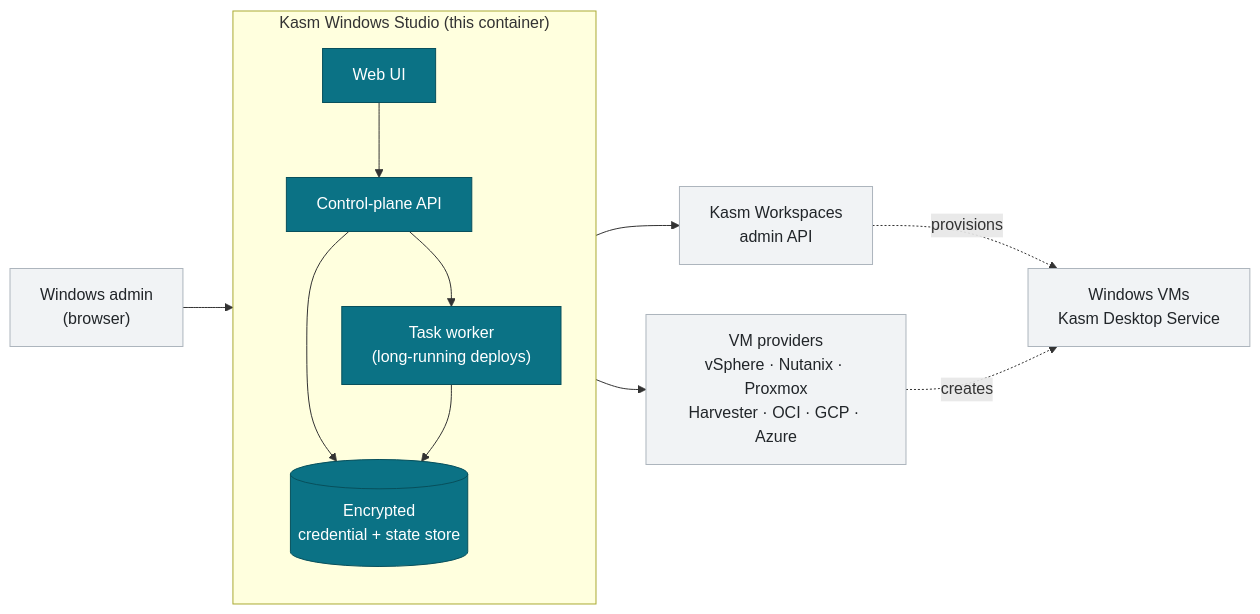
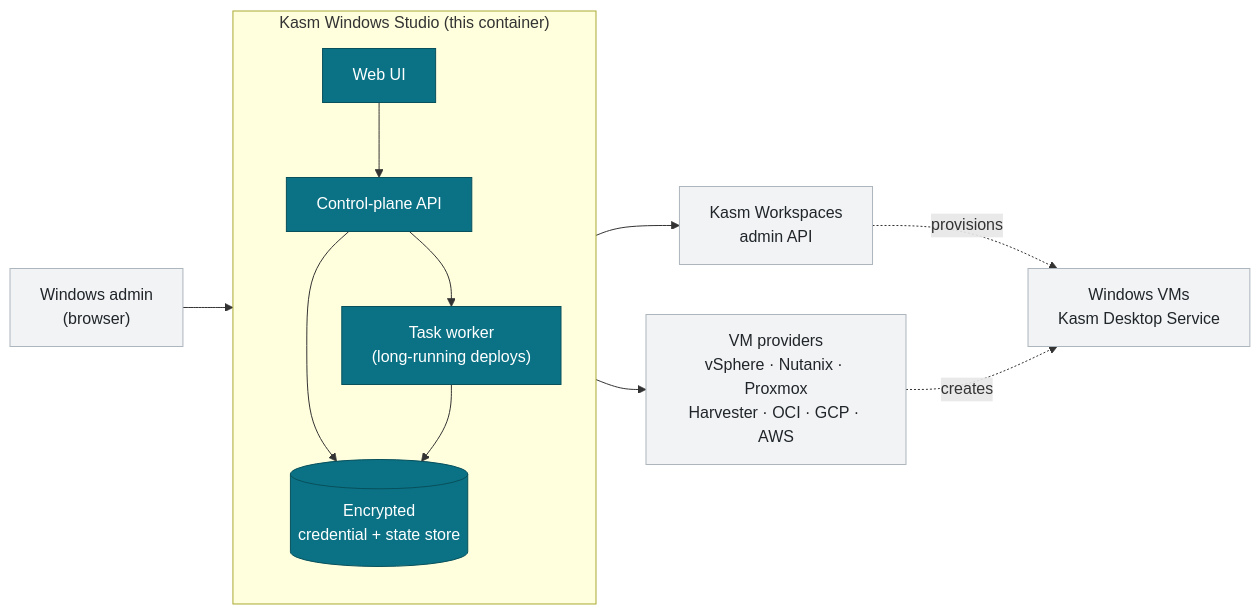
Before and after one commit to KasmInnovation/Kasm-windows-studio: the diagram in README.md, drawn with Mermaid. The commit also changed other lines of this file and 8 other files, not shown here.

````diff
--- a/README.md
+++ b/README.md
@@ -66,31 +67,31 @@
 ```mermaid
 flowchart LR
     Admin["Windows admin<br/>(browser)"]
 
     subgraph Studio["Kasm Windows Studio (this container)"]
         direction TB
         UI["Web UI"]
         API["Control-plane API"]
         WRK["Task worker<br/>(long-running deploys)"]
         DB[("Encrypted<br/>credential + state store")]
         UI --> API
         API --> WRK
         API --> DB
         WRK --> DB
     end
 
     KASM["Kasm Workspaces<br/>admin API"]
-    HV["VM providers<br/>vSphere · Nutanix · Proxmox<br/>Harvester · OCI · GCP · Azure"]
+    HV["VM providers<br/>vSphere · Nutanix · Proxmox<br/>Harvester · OCI · GCP · AWS"]
     WIN["Windows VMs<br/>Kasm Desktop Service"]
 
     Admin --> UI
     API --> KASM
     WRK --> HV
     KASM -. provisions .-> WIN
     HV  -. creates .-> WIN
 
     classDef studio fill:#0b7285,stroke:#08505c,color:#ffffff;
     classDef ext fill:#f1f3f5,stroke:#adb5bd,color:#212529;
     class UI,API,WRK,DB studio;
     class KASM,HV,WIN,Admin ext;
 ```
````
